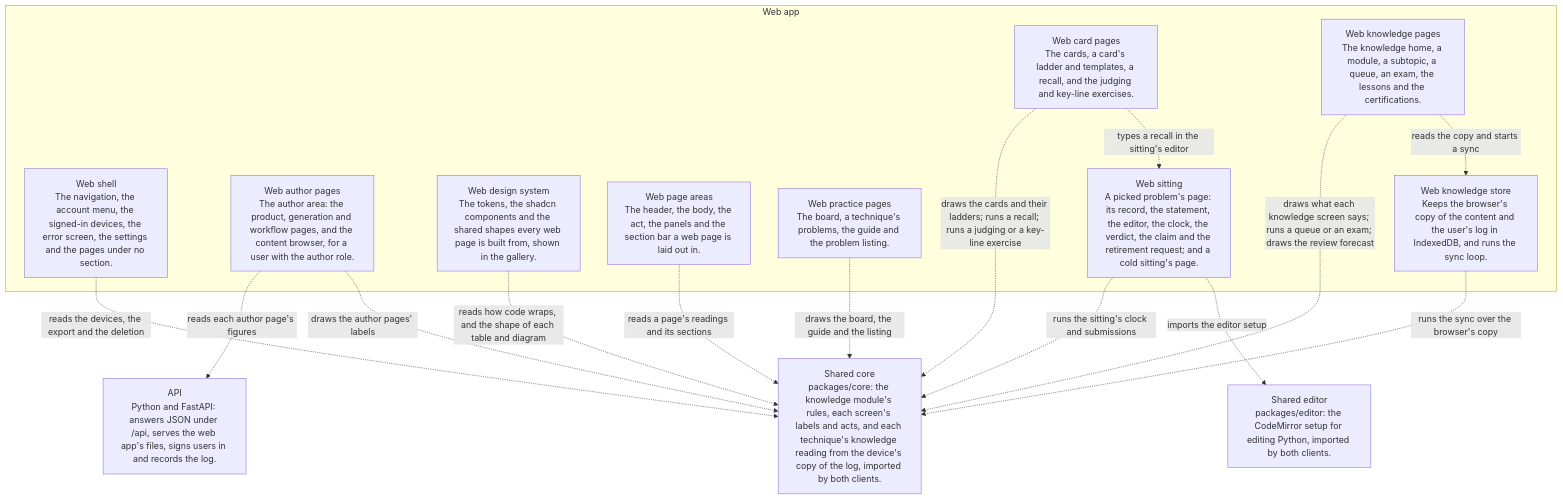
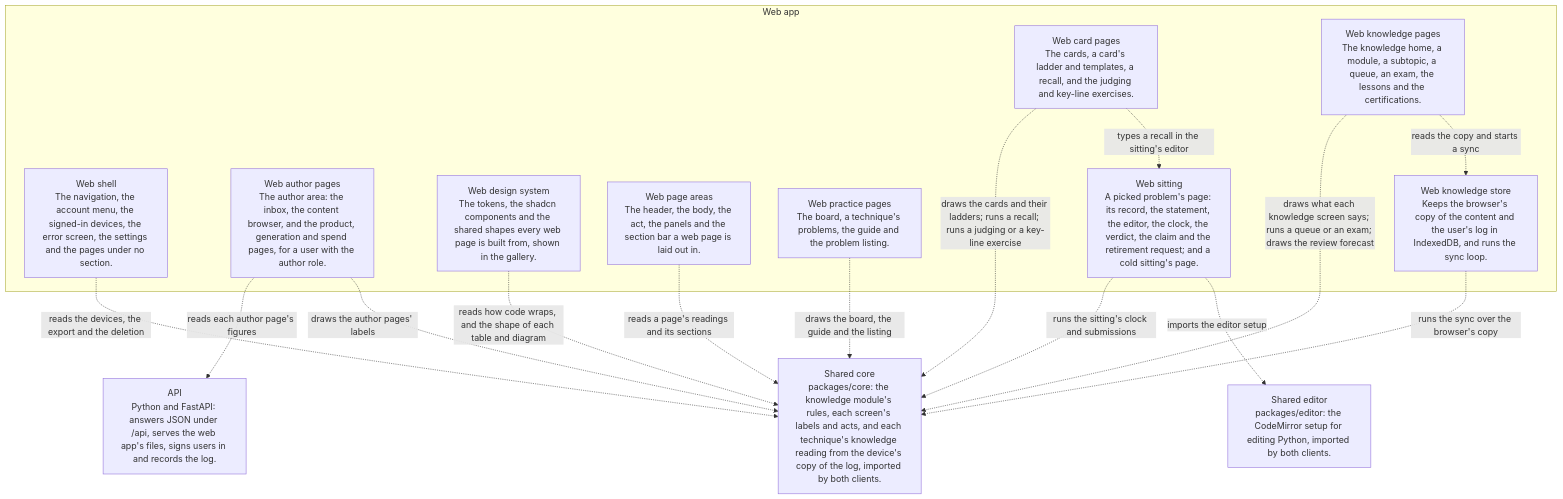
One commit to climbance/climbance changed the third of 7 diagrams in docs/architecture/README.md. Above: the diagram before and after it, drawn with Mermaid. The commit also changed 19 other files, not shown here.

Commit message:
docs(author): design the inbox and problem review

````diff
--- a/docs/architecture/README.md
+++ b/docs/architecture/README.md
@@ -86,30 +86,30 @@
 ```mermaid
 flowchart TB
     core_package["Shared core<br/>packages/core: the knowledge module's rules, each screen's labels and acts, and each technique's knowledge reading from the device's copy of the log, imported by both clients."]
     shared_editor["Shared editor<br/>packages/editor: the CodeMirror setup for editing Python, imported by both clients."]
     api["API<br/>Python and FastAPI: answers JSON under /api, serves the web app's files, signs users in and records the log."]
     subgraph web_app["Web app"]
         web_shell["Web shell<br/>The navigation, the account menu, the signed-in devices, the error screen, the settings and the pages under no section."]
-        web_author["Web author pages<br/>The author area: the product, generation and workflow pages, and the content browser, for a user with the author role."]
+        web_author["Web author pages<br/>The author area: the inbox, the content browser, and the product, generation and spend pages, for a user with the author role."]
         web_design_system["Web design system<br/>The tokens, the shadcn components and the shared shapes every web page is built from, shown in the gallery."]
         web_areas["Web page areas<br/>The header, the body, the act, the panels and the section bar a web page is laid out in."]
         web_practice["Web practice pages<br/>The board, a technique's problems, the guide and the problem listing."]
         web_cards["Web card pages<br/>The cards, a card's ladder and templates, a recall, and the judging and key-line exercises."]
         web_sitting["Web sitting<br/>A picked problem's page: its record, the statement, the editor, the clock, the verdict, the claim and the retirement request; and a cold sitting's page."]
         web_knowledge["Web knowledge pages<br/>The knowledge home, a module, a subtopic, a queue, an exam, the lessons and the certifications."]
         web_knowledge_store["Web knowledge store<br/>Keeps the browser's copy of the content and the user's log in IndexedDB, and runs the sync loop."]
     end
     web_author -.->|"reads each author page's figures"| api
     web_author -.->|"draws the author pages' labels"| core_package
     web_knowledge -.->|"draws what each knowledge screen says; runs a queue or an exam; draws the review forecast"| core_package
     web_knowledge -.->|"reads the copy and starts a sync"| web_knowledge_store
     web_knowledge_store -.->|"runs the sync over the browser's copy"| core_package
     web_practice -.->|"draws the board, the guide and the listing"| core_package
     web_cards -.->|"draws the cards and their ladders; runs a recall; runs a judging or a key-line exercise"| core_package
     web_cards -.->|"types a recall in the sitting's editor"| web_sitting
     web_sitting -.->|"runs the sitting's clock and submissions"| core_package
     web_sitting -.->|"imports the editor setup"| shared_editor
     web_shell -.->|"reads the devices, the export and the deletion"| core_package
     web_areas -.->|"reads a page's readings and its sections"| core_package
     web_design_system -.->|"reads how code wraps, and the shape of each table and diagram"| core_package
 ```
````
